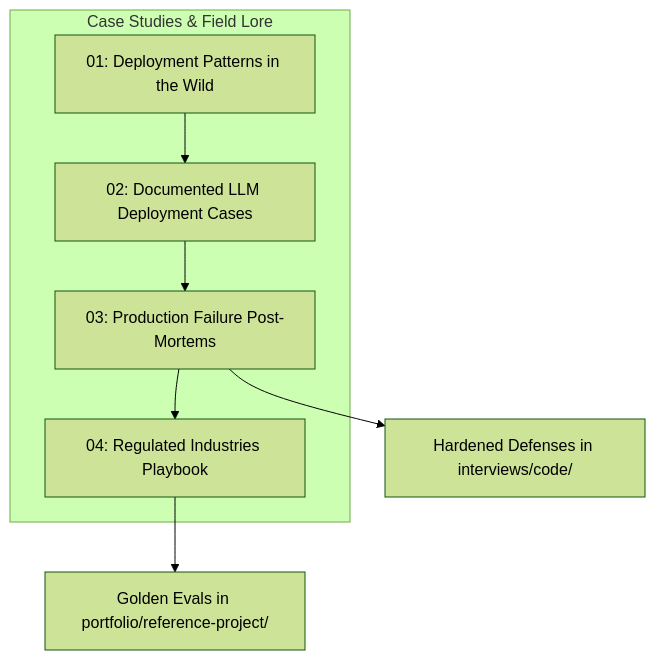
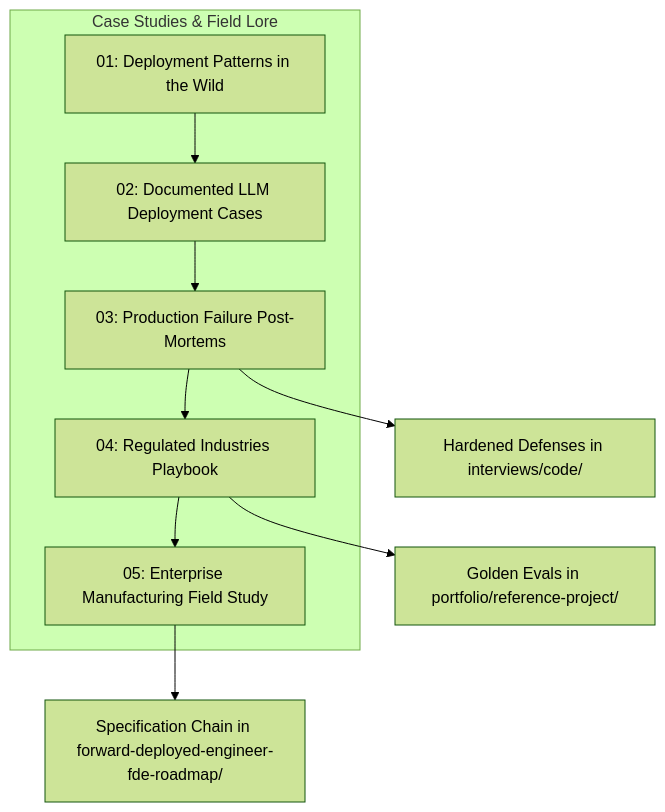
One commit to AdilShamim8/FDE-Field-Guide changed the diagram in case-studies/README.md. Above: the diagram before and after it, drawn with Mermaid (forest theme). The commit also changed other lines of this file and 1 other file, not shown here.

Commit message:
Add enterprise manufacturing case study for Vaayu Pumps Field Service Command Centre

````diff
--- a/case-studies/README.md
+++ b/case-studies/README.md
@@ -13,10 +13,12 @@
 ```mermaid
 graph TD
     subgraph Case Studies & Field Lore
         P1[01: Deployment Patterns in the Wild] --> P2[02: Documented LLM Deployment Cases]
         P2 --> P3[03: Production Failure Post-Mortems]
         P3 --> P4[04: Regulated Industries Playbook]
+        P4 --> P5[05: Enterprise Manufacturing Field Study]
     end
     P3 --> Defenses[Hardened Defenses in interviews/code/]
     P4 --> Golden[Golden Evals in portfolio/reference-project/]
+    P5 --> RoadmapDocs[Specification Chain in forward-deployed-engineer-fde-roadmap/]
 ```
````
